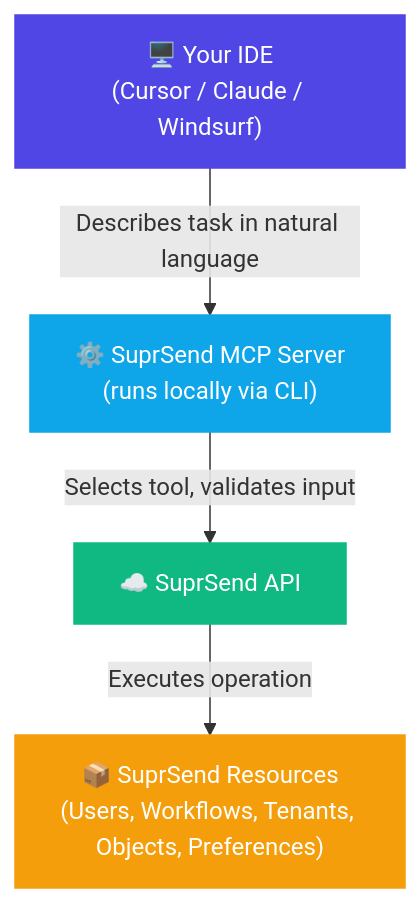
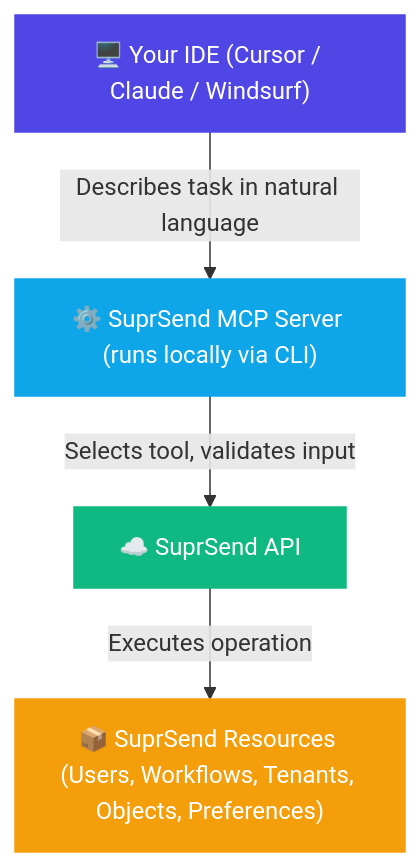
Before and after one commit to suprsend/documentation: the diagram in reference/mcp-overview.mdx, drawn with Mermaid. The commit also changed other lines of this file and 8 other files, not shown here.

````diff
--- a/reference/mcp-overview.mdx
+++ b/reference/mcp-overview.mdx
@@ -64,11 +57,11 @@
 ```mermaid
 flowchart TD
-    A["🖥️ Your IDE\n(Cursor / Claude / Windsurf)"] -->|"Describes task in natural language"| B["⚙️ SuprSend MCP Server\n(runs locally via CLI)"]
+    A["🖥️ Your IDE (Cursor / Claude / Windsurf)"] -->|"Describes task in natural language"| B["⚙️ SuprSend MCP Server (runs locally via CLI)"]
     B -->|"Selects tool, validates input"| C["☁️ SuprSend API"]
-    C -->|"Executes operation"| D["📦 SuprSend Resources\n(Users, Workflows, Tenants, Objects, Preferences)"]
+    C -->|"Executes operation"| D["📦 SuprSend Resources (Users, Workflows, Tenants, Objects, Preferences)"]
 
     style A fill:#4F46E5,stroke:#4F46E5,color:#fff
     style B fill:#0EA5E9,stroke:#0EA5E9,color:#fff
     style C fill:#10B981,stroke:#10B981,color:#fff
     style D fill:#F59E0B,stroke:#F59E0B,color:#fff
 ```
````
